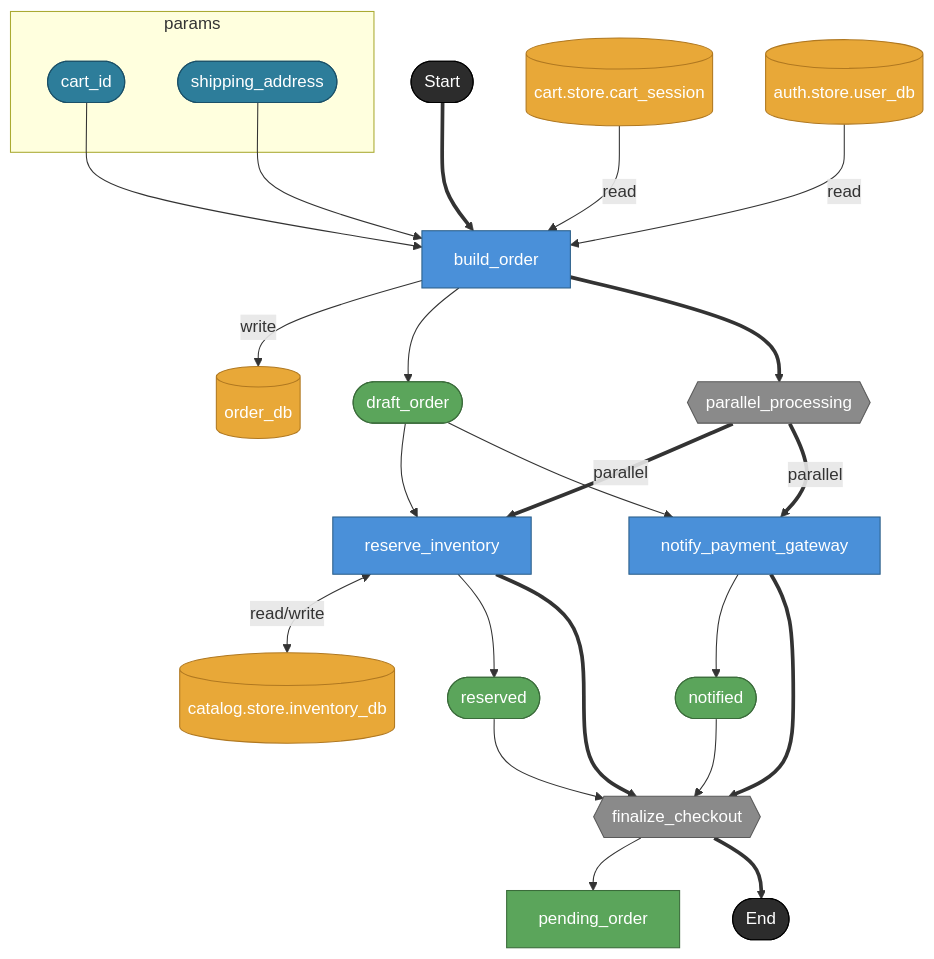
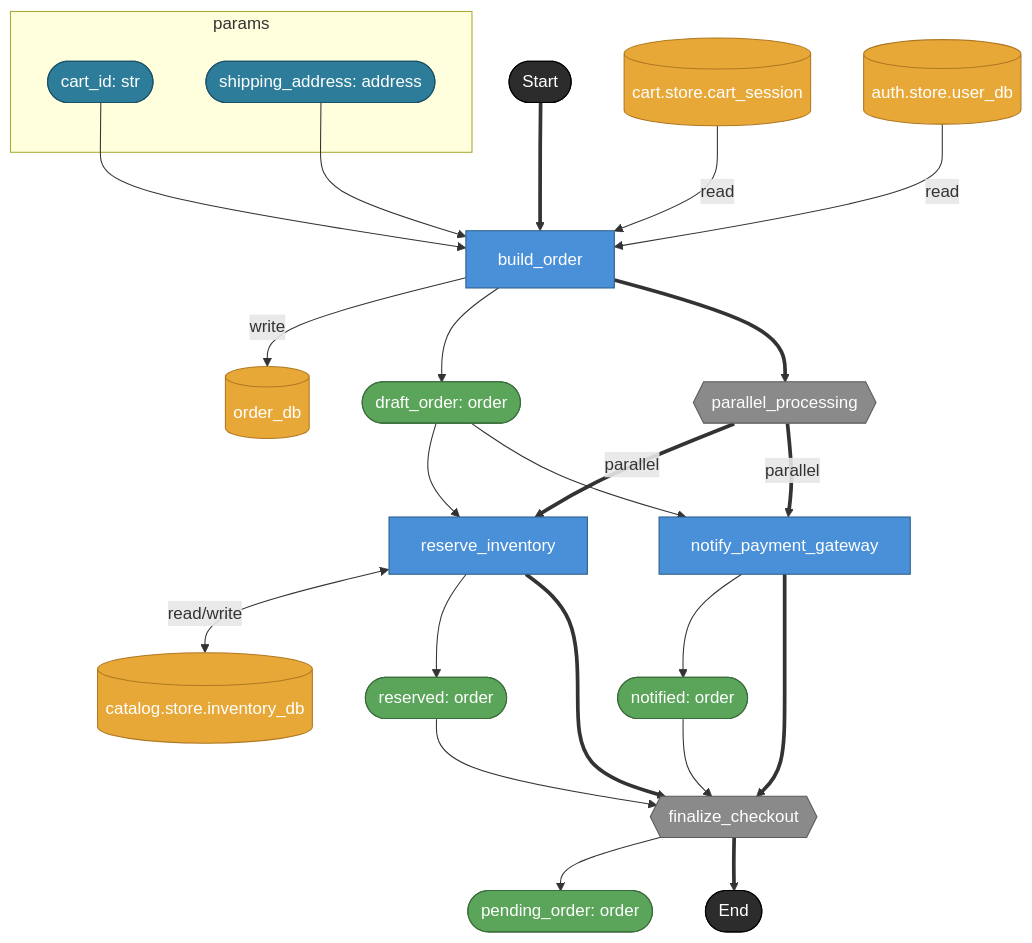
Before and after one commit to hiroshiasayadev-prog/brewprint: the diagram in docs/uc/001-ec-checkout-flow/renders/commerce/dag-checkout.md, drawn with Mermaid. The commit also changed 18 other files, not shown here.

````diff
--- a/docs/uc/001-ec-checkout-flow/renders/commerce/dag-checkout.md
+++ b/docs/uc/001-ec-checkout-flow/renders/commerce/dag-checkout.md
@@ -8,47 +8,47 @@
 ```mermaid
 flowchart TD
   subgraph params
-    cart_id([cart_id])
-    shipping_address([shipping_address])
+    cart_id([cart_id: str])
+    shipping_address([shipping_address: address])
   end
 
   _start([Start]) ==> build_order[build_order]
   cart_id --> build_order
   shipping_address --> build_order
   cart_session[(cart.store.cart_session)] -- "read" --> build_order
   user_db[(auth.store.user_db)] -- "read" --> build_order
   build_order -- "write" --> order_db[(order_db)]
-  build_order --> draft_order([draft_order])
+  build_order --> draft_order([draft_order: order])
 
   build_order ==> parallel_processing{{parallel_processing}}
   draft_order --> reserve_inventory[reserve_inventory]
   draft_order --> notify_payment_gateway[notify_payment_gateway]
 
   parallel_processing == "parallel" ==> reserve_inventory
   parallel_processing == "parallel" ==> notify_payment_gateway
 
   reserve_inventory <-- "read/write" --> inventory_db[(catalog.store.inventory_db)]
-  reserve_inventory --> reserved([reserved])
-  notify_payment_gateway --> notified([notified])
+  reserve_inventory --> reserved([reserved: order])
+  notify_payment_gateway --> notified([notified: order])
 
   reserve_inventory ==> finalize_checkout{{finalize_checkout}}
   notify_payment_gateway ==> finalize_checkout
   reserved --> finalize_checkout
   notified --> finalize_checkout
 
-  finalize_checkout --> pending_order
+  finalize_checkout --> pending_order([pending_order: order])
   finalize_checkout ==> _end([End])
 
   classDef taskNode     fill:#4A90D9,stroke:#2C5F8A,color:#fff
   classDef assetNode    fill:#5BA55B,stroke:#3A6B3A,color:#fff
   classDef storeNode    fill:#E8A838,stroke:#B07820,color:#fff
   classDef forkNode     fill:#8A8A8A,stroke:#5A5A5A,color:#fff
   classDef terminalNode fill:#2C2C2C,stroke:#000,color:#fff
   classDef boundaryNode fill:#2D7D9A,stroke:#1A5068,color:#fff
   class build_order,reserve_inventory,notify_payment_gateway taskNode
   class draft_order,reserved,notified,pending_order assetNode
   class cart_session,user_db,order_db,inventory_db storeNode
   class parallel_processing,finalize_checkout forkNode
   class _start,_end terminalNode
   class cart_id,shipping_address boundaryNode
 ```
````
